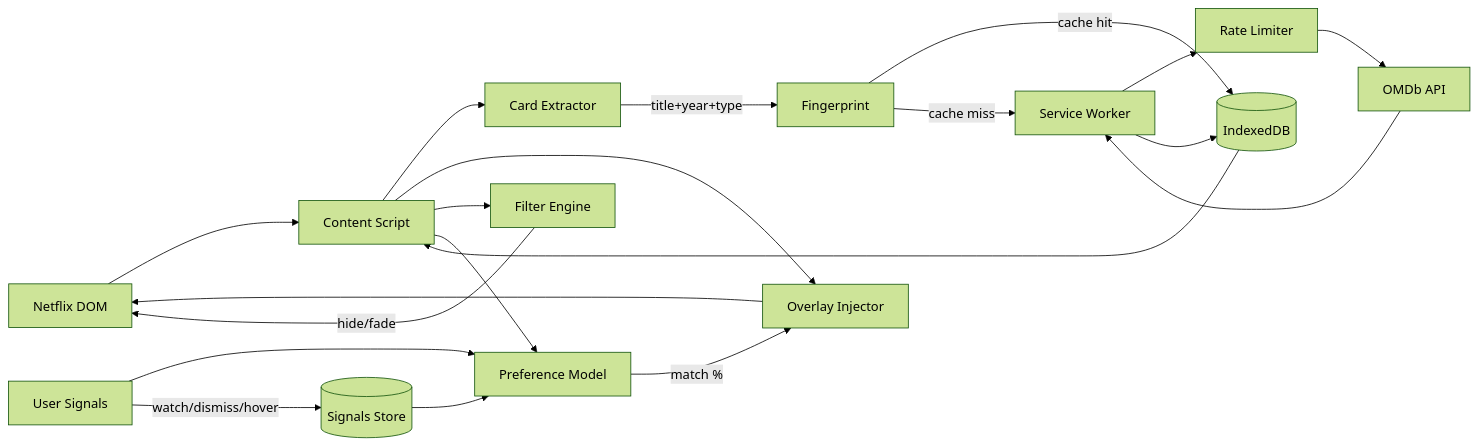
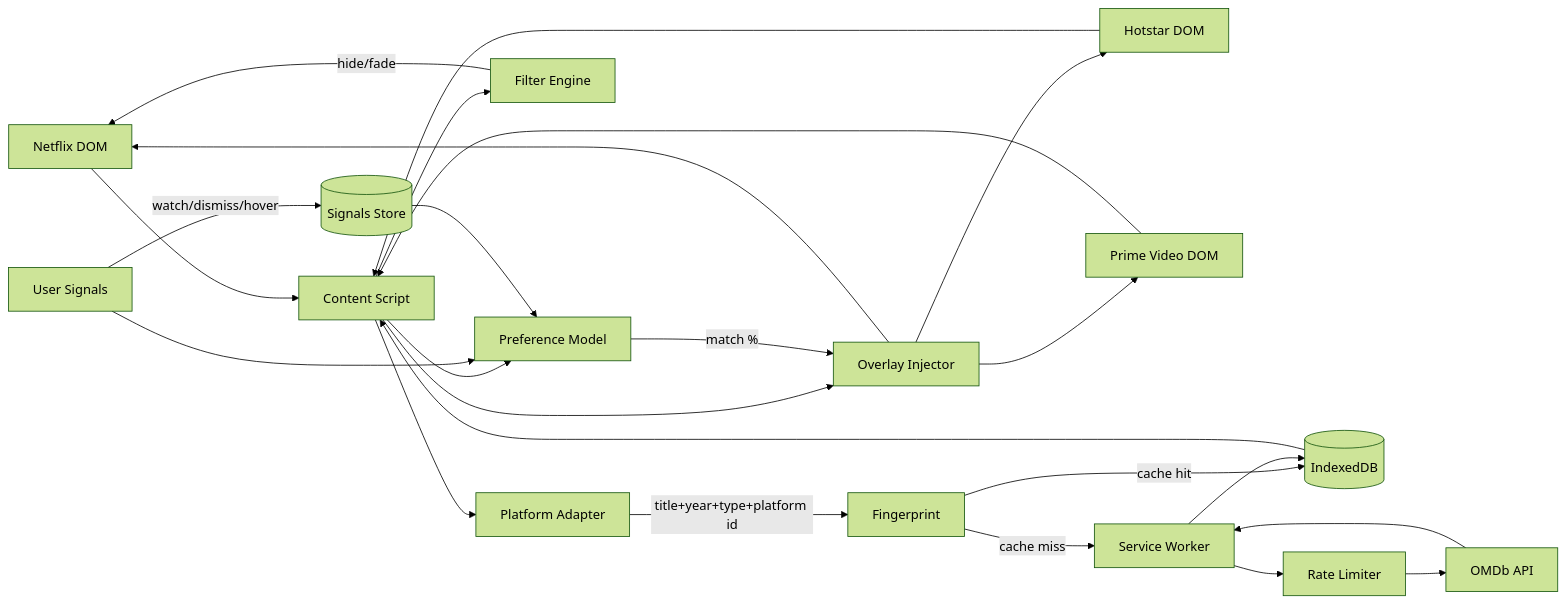
The diagram in README.md (raphy78626/netflix-decision-layer), drawn with Mermaid (forest theme) before and after one commit. The commit also changed other lines of this file and 18 other files, not shown here.

````diff
--- a/README.md
+++ b/README.md
@@ -11,22 +11,26 @@
 ```mermaid
 flowchart LR
     NF[Netflix DOM] --> CS[Content Script]
-    CS --> EXT[Card Extractor]
-    EXT -->|title+year+type| FP[Fingerprint]
+    HS[Hotstar DOM] --> CS
+    PV[Prime Video DOM] --> CS
+    CS --> ADP[Platform Adapter]
+    ADP -->|title+year+type+platform id| FP[Fingerprint]
     FP -->|cache hit| CACHE[(IndexedDB)]
     FP -->|cache miss| SW[Service Worker]
     SW --> RL[Rate Limiter]
     RL --> OMDb[OMDb API]
     OMDb --> SW
     SW --> CACHE
     CACHE --> CS
     CS --> OV[Overlay Injector]
     OV --> NF
+    OV --> HS
+    OV --> PV
     CS --> FLT[Filter Engine]
     FLT -->|hide/fade| NF
     CS --> PREF[Preference Model]
     PREF -->|match %| OV
     USR[User Signals] --> PREF
     USR -->|watch/dismiss/hover| SIG[(Signals Store)]
     SIG --> PREF
 ```
````
